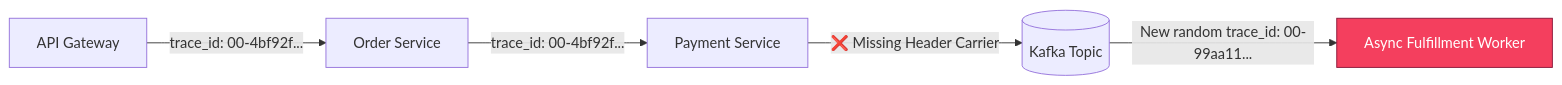
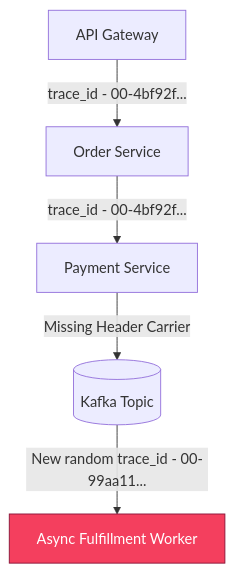
The fifth of 5 diagrams in blog/posts/7-fatal-microservices-gotchas-uber-netflix-discord-aws.md (akmalkhaniub/akmalkhaniub.github.io), drawn with Mermaid before and after one commit. The commit also changed other lines of this file and 411 other files, not shown here.

````diff
--- a/blog/posts/7-fatal-microservices-gotchas-uber-netflix-discord-aws.md
+++ b/blog/posts/7-fatal-microservices-gotchas-uber-netflix-discord-aws.md
@@ -235,9 +235,9 @@
 ```mermaid
-graph LR
-  API[API Gateway] -->|trace_id: 00-4bf92f...| SvcA[Order Service]
-  SvcA -->|trace_id: 00-4bf92f...| SvcB[Payment Service]
-  SvcB -->|❌ Missing Header Carrier| Kafka[(Kafka Topic)]
-  Kafka -->|New random trace_id: 00-99aa11...| Worker[Async Fulfillment Worker]
+flowchart TD
+  API[API Gateway] -->|trace_id - 00-4bf92f...| SvcA[Order Service]
+  SvcA -->|trace_id - 00-4bf92f...| SvcB[Payment Service]
+  SvcB -->|Missing Header Carrier| Kafka[(Kafka Topic)]
+  Kafka -->|New random trace_id - 00-99aa11...| Worker[Async Fulfillment Worker]
   
   style Worker fill:#f43f5e,stroke:#881337,color:#ffffff
 ```
````
